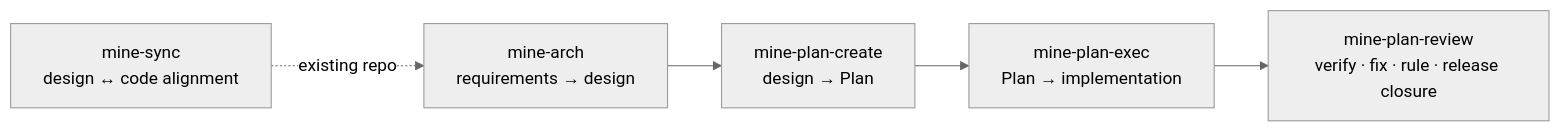
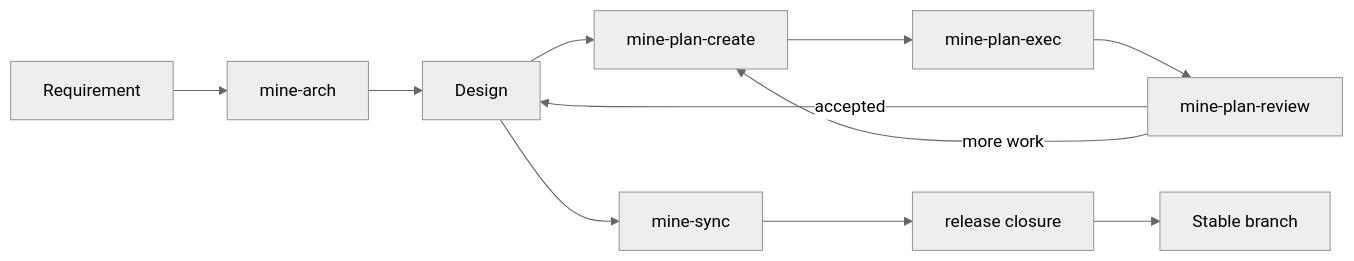
The diagram in README.md (6ixGODD/mine-is-not-everyones), drawn with Mermaid (neutral theme) before and after one commit. The commit also changed other lines of this file and 8 other files, not shown here.

````diff
--- a/README.md
+++ b/README.md
@@ -33,7 +23,13 @@
 ```mermaid
 flowchart LR
-    A["mine-arch\nrequirements → design"] --> B["mine-plan-create\ndesign → Plan"]
-    B --> C["mine-plan-exec\nPlan → implementation"]
-    C --> D["mine-plan-review\nverify · fix · rule · release closure"]
-    S["mine-sync\ndesign ↔ code alignment"] -.->|existing repo| A
+    R[Requirement] --> A[mine-arch]
+    A --> D[Design]
+    D --> P[mine-plan-create]
+    P --> E[mine-plan-exec]
+    E --> V[mine-plan-review]
+    V -->|accepted| D
+    V -->|more work| P
+    D --> S[mine-sync]
+    S --> C[release closure]
+    C --> ST[Stable branch]
 ```
````
